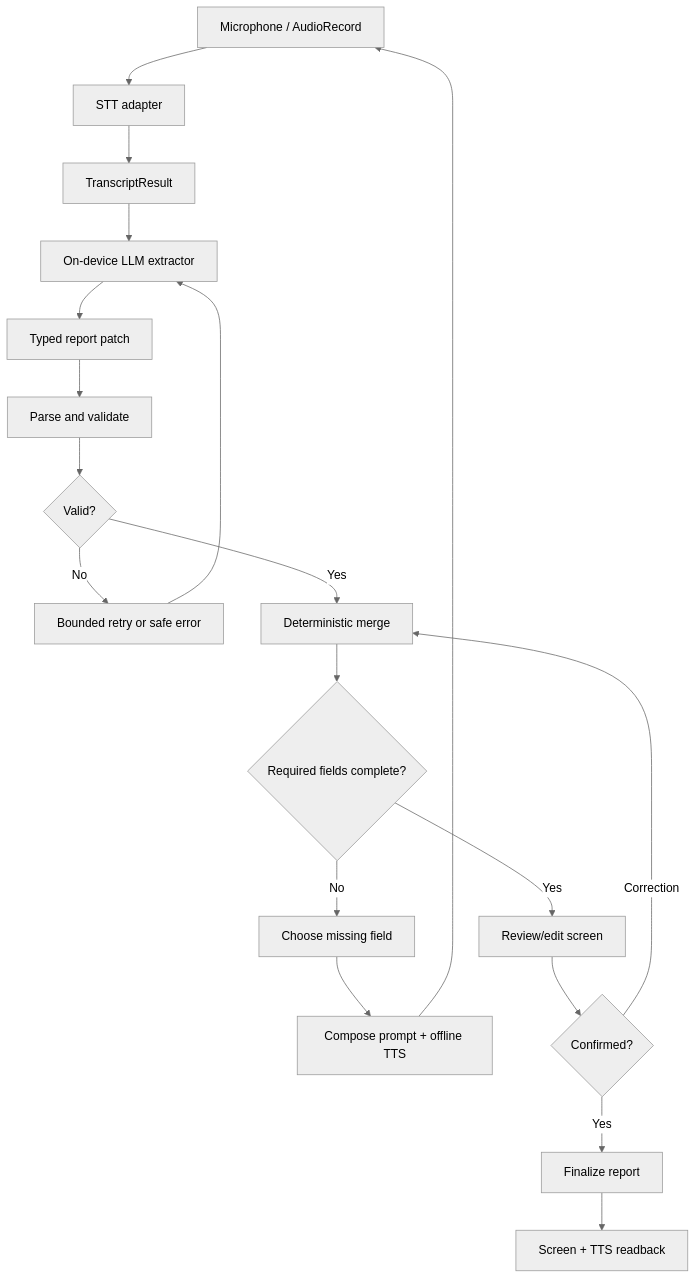
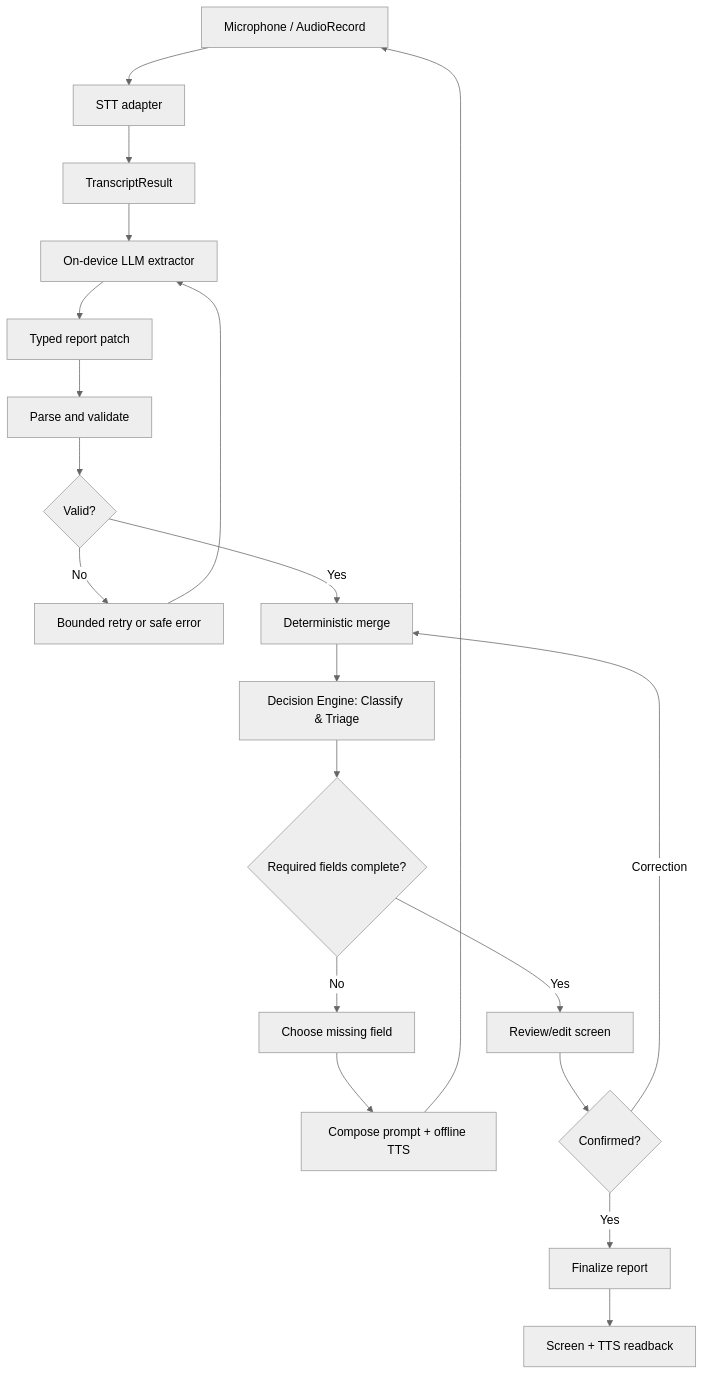
Before and after one commit to Akuma21205/Qualcomn-admin: the diagram in docs/ARCHITECTURE.md, drawn with Mermaid (neutral theme). The commit also changed other lines of this file and 11 other files, not shown here.

Commit message:
docs: update architecture and roadmap for QIDK, Snapdragon 8 Elite, and Jev System One evaluation

````diff
--- a/docs/ARCHITECTURE.md
+++ b/docs/ARCHITECTURE.md
@@ -5,21 +5,22 @@
 ```mermaid
 flowchart TD
     A[Microphone / AudioRecord] --> B[STT adapter]
     B --> C[TranscriptResult]
     C --> D[On-device LLM extractor]
     D --> E[Typed report patch]
     E --> F[Parse and validate]
     F --> G{Valid?}
     G -- No --> H[Bounded retry or safe error]
     H --> D
     G -- Yes --> I[Deterministic merge]
-    I --> J{Required fields complete?}
-    J -- No --> K[Choose missing field]
-    K --> L[Compose prompt + offline TTS]
-    L --> A
-    J -- Yes --> M[Review/edit screen]
-    M --> N{Confirmed?}
-    N -- Correction --> I
-    N -- Yes --> O[Finalize report]
-    O --> P[Screen + TTS readback]
+    I --> J[Decision Engine: Classify & Triage]
+    J --> K{Required fields complete?}
+    K -- No --> L[Choose missing field]
+    L --> M[Compose prompt + offline TTS]
+    M --> A
+    K -- Yes --> N[Review/edit screen]
+    N --> O{Confirmed?}
+    O -- Correction --> I
+    O -- Yes --> P[Finalize report]
+    P --> Q[Screen + TTS readback]
 ```
````
